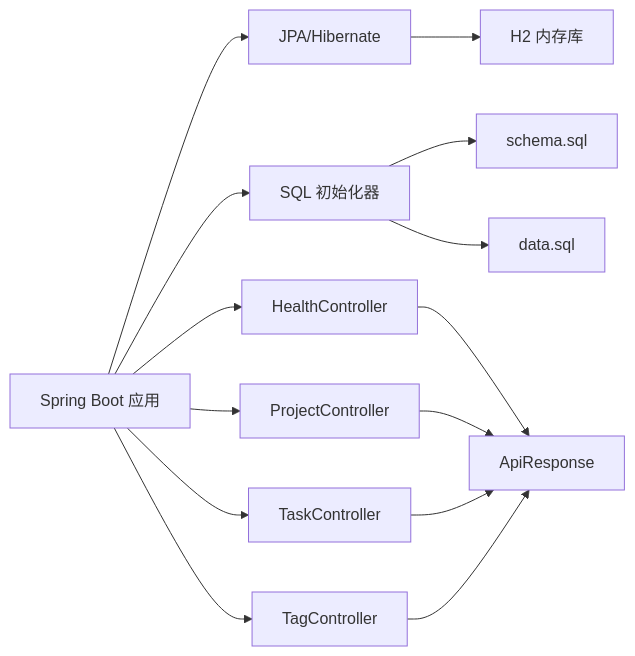
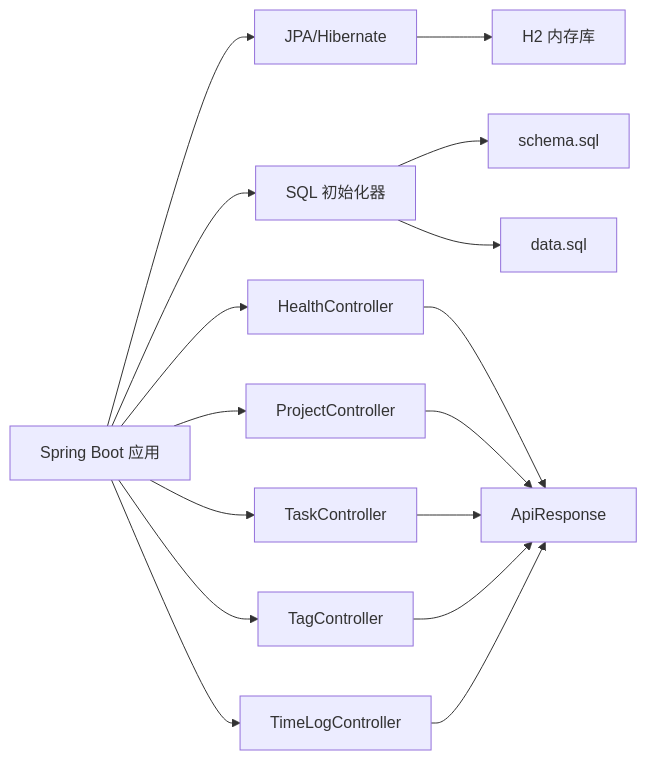
The third of 6 diagrams in .qoder/repowiki/zh/content/数据库设计.md (zhou9832/test1-qoder), drawn with Mermaid before and after one commit. The commit also changed other lines of this file and 51 other files, not shown here.

````diff
--- a/.qoder/repowiki/zh/content/数据库设计.md
+++ b/.qoder/repowiki/zh/content/数据库设计.md
@@ -322,16 +428,18 @@
 ```mermaid
 graph LR
 SB["Spring Boot 应用"] --> JPA["JPA/Hibernate"]
 JPA --> H2["H2 内存库"]
 SB --> INIT["SQL 初始化器"]
 INIT --> SCHEMA["schema.sql"]
 INIT --> DATA["data.sql"]
 SB --> HEALTH_API["HealthController"]
 SB --> PROJECT_API["ProjectController"]
 SB --> TASK_API["TaskController"]
 SB --> TAG_API["TagController"]
+SB --> TIMELOG_API["TimeLogController"]
 HEALTH_API --> RESP["ApiResponse"]
 PROJECT_API --> RESP
 TASK_API --> RESP
 TAG_API --> RESP
+TIMELOG_API --> RESP
 ```
````
